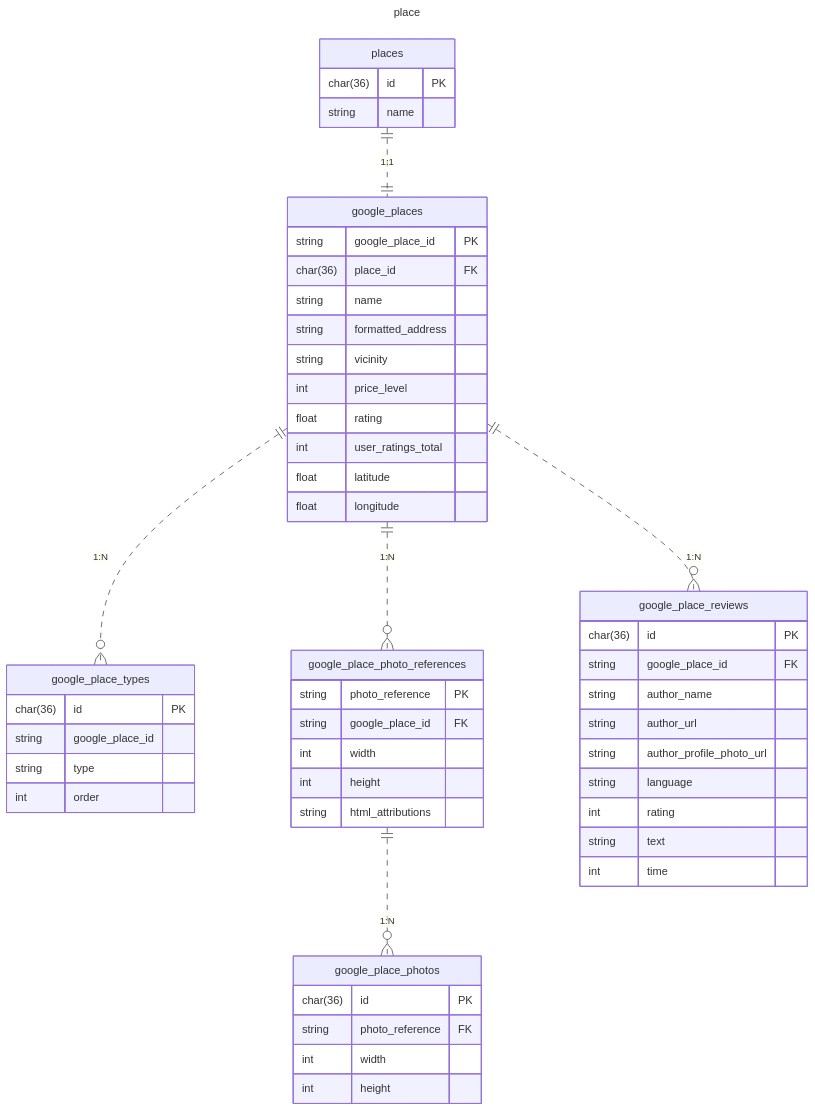
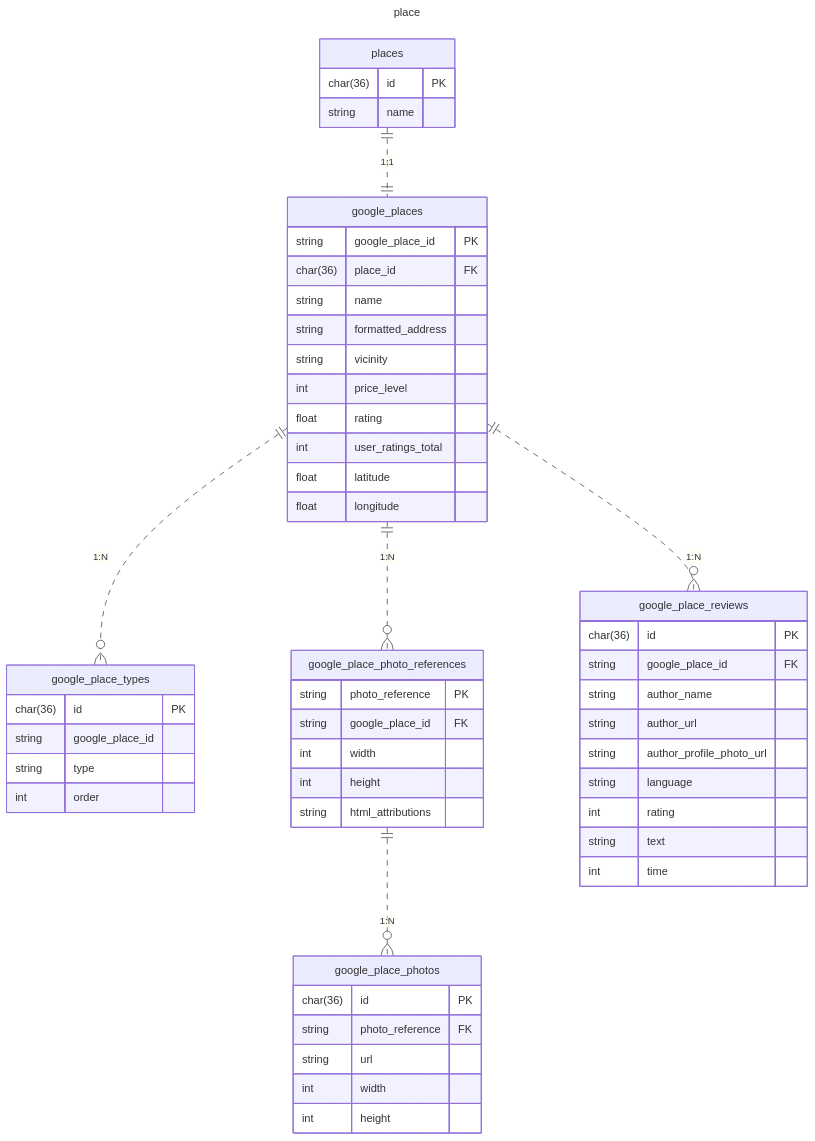
Before and after one commit to poroto-app/planner: the second of 2 diagrams in doc/database/er.md, drawn with Mermaid. The commit also changed 1 other file, not shown here.

Commit message:
feat(db): 画像に対してURLプロパティを付与

````diff
--- a/doc/database/er.md
+++ b/doc/database/er.md
@@ -19,63 +19,64 @@
 ```mermaid
 ---
 title: place
 ---
 erDiagram
     places {
         char(36) id PK
         string name
     }
 
     google_places {
         string google_place_id PK
         char(36) place_id FK
         string name
         string formatted_address
         string vicinity
         int price_level
         float rating
         int user_ratings_total
         float latitude
         float longitude
     }
 
     google_place_types {
         char(36) id PK
         string google_place_id
         string type
         int order
     }
 
     google_place_photo_references {
         string photo_reference PK
         string google_place_id FK
         int width
         int height
         string html_attributions
     }
 
     google_place_photos {
         char(36) id PK
         string photo_reference FK
+        string url
         int width
         int height
     }
 
     google_place_reviews {
         char(36) id PK
         string google_place_id FK
         string author_name
         string author_url
         string author_profile_photo_url
         string language
         int rating
         string text
         int time
     }
 
     places ||..|| google_places: "1:1"
     google_places ||..o{ google_place_types: "1:N"
     google_places ||..o{ google_place_photo_references: "1:N"
     google_place_photo_references ||..o{ google_place_photos: "1:N"
     google_places ||..o{ google_place_reviews: "1:N"
 ```
````
